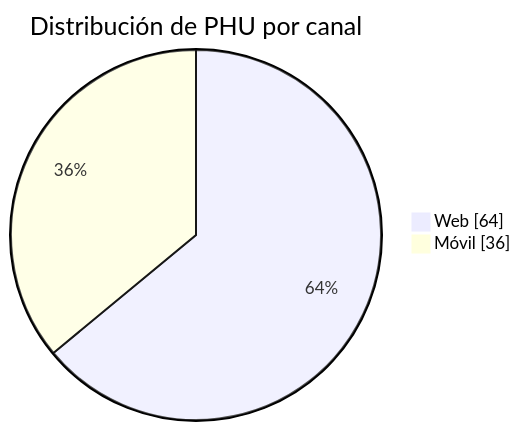
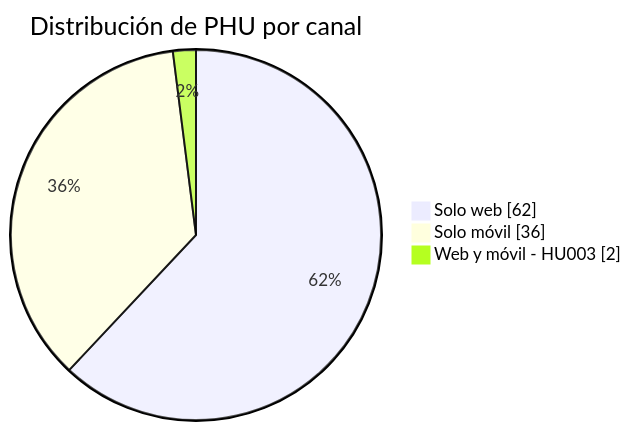
The second of 5 diagrams in project/catalogo-historias.md (lfnavarroj1/sport-app-platform), drawn with Mermaid before and after one commit. The commit also changed other lines of this file and 41 other files, not shown here.

````diff
--- a/project/catalogo-historias.md
+++ b/project/catalogo-historias.md
@@ -66,6 +68,7 @@
 ```mermaid
 pie showData
     title Distribución de PHU por canal
-    "Web" : 64
-    "Móvil" : 36
+    "Solo web" : 62
+    "Solo móvil" : 36
+    "Web y móvil - HU003" : 2
 ```
````
